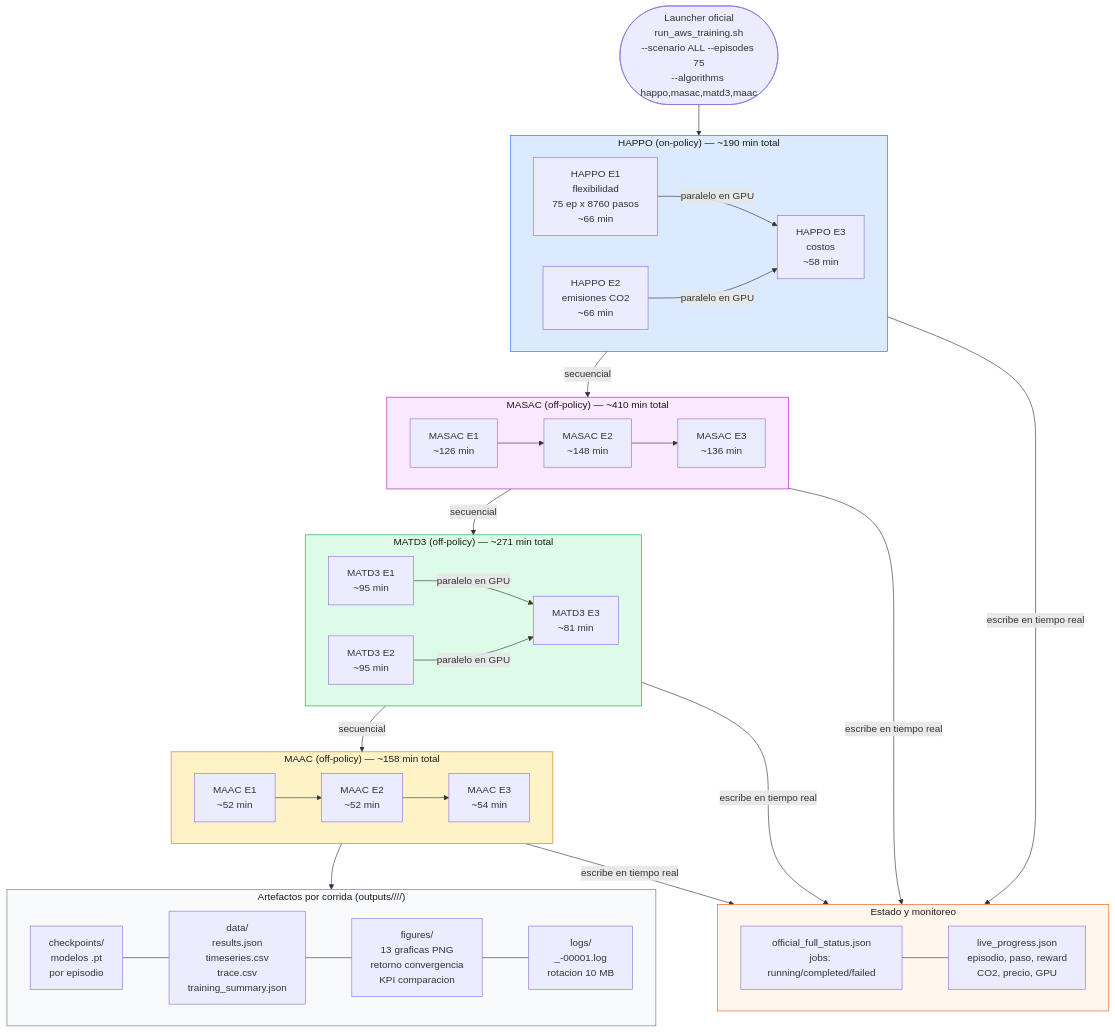
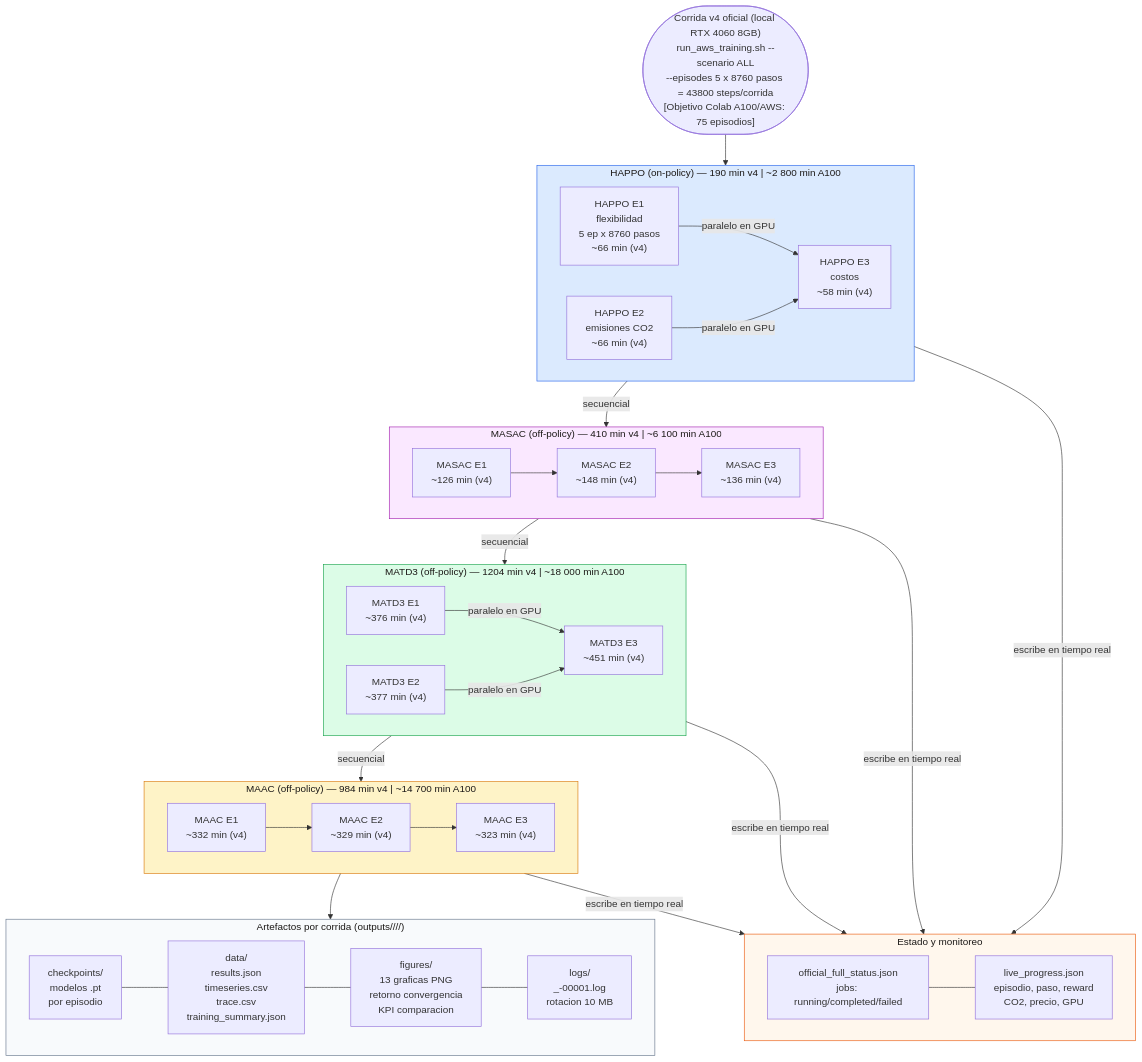
Before and after one commit to Mac-Tapia/MADRLCitytleranflexresdr: the fifth of 9 diagrams in docs/architecture/ARQUITECTURA_PROYECTO_DEFENSA.md, drawn with Mermaid. The commit also changed other lines of this file, not shown here.

Commit message:
fix: correct v4 episode count (5 ep RTX 4060) in architecture docs
The v4 corrida ran 5 episodes per job due to local RTX 4060 8GB VRAM
constraints, not 75 as the designed target for A100/AWS. Update
Diagrama 1 and Diagrama 5 to show actual v4 durations and the
distinction between local pilot (5 ep) and full target (75 ep A100).

Also bump CityLearn submodule to pick up the objective evidence
output_profile bug fix (runs_found was always 0).

````diff
--- a/docs/architecture/ARQUITECTURA_PROYECTO_DEFENSA.md
+++ b/docs/architecture/ARQUITECTURA_PROYECTO_DEFENSA.md
@@ -263,68 +263,68 @@
 ```mermaid
 flowchart TD
-    START(["Launcher oficial\nrun_aws_training.sh\n--scenario ALL --episodes 75\n--algorithms happo,masac,matd3,maac"])
+    START(["Corrida v4 oficial (local RTX 4060 8GB)\nrun_aws_training.sh --scenario ALL\n--episodes 5 x 8760 pasos = 43800 steps/corrida\n[Objetivo Colab A100/AWS: 75 episodios]"])
 
-    subgraph HAPPO_RUN["HAPPO (on-policy) — ~190 min total"]
-        H_E1["HAPPO E1\nflexibilidad\n75 ep x 8760 pasos\n~66 min"]
-        H_E2["HAPPO E2\nemisiones CO2\n~66 min"]
-        H_E3["HAPPO E3\ncostos\n~58 min"]
+    subgraph HAPPO_RUN["HAPPO (on-policy) — 190 min v4 | ~2 800 min A100"]
+        H_E1["HAPPO E1\nflexibilidad\n5 ep x 8760 pasos\n~66 min (v4)"]
+        H_E2["HAPPO E2\nemisiones CO2\n~66 min (v4)"]
+        H_E3["HAPPO E3\ncostos\n~58 min (v4)"]
         H_E1 & H_E2 -->|"paralelo en GPU"| H_E3
     end
 
-    subgraph MASAC_RUN["MASAC (off-policy) — ~410 min total"]
-        M_E1["MASAC E1\n~126 min"]
-        M_E2["MASAC E2\n~148 min"]
-        M_E3["MASAC E3\n~136 min"]
+    subgraph MASAC_RUN["MASAC (off-policy) — 410 min v4 | ~6 100 min A100"]
+        M_E1["MASAC E1\n~126 min (v4)"]
+        M_E2["MASAC E2\n~148 min (v4)"]
+        M_E3["MASAC E3\n~136 min (v4)"]
         M_E1 --> M_E2 --> M_E3
     end
 
-    subgraph MATD3_RUN["MATD3 (off-policy) — ~271 min total"]
-        T_E1["MATD3 E1\n~95 min"]
-        T_E2["MATD3 E2\n~95 min"]
-        T_E3["MATD3 E3\n~81 min"]
+    subgraph MATD3_RUN["MATD3 (off-policy) — 1204 min v4 | ~18 000 min A100"]
+        T_E1["MATD3 E1\n~376 min (v4)"]
+        T_E2["MATD3 E2\n~377 min (v4)"]
+        T_E3["MATD3 E3\n~451 min (v4)"]
         T_E1 & T_E2 -->|"paralelo en GPU"| T_E3
     end
 
-    subgraph MAAC_RUN["MAAC (off-policy) — ~158 min total"]
-        A_E1["MAAC E1\n~52 min"]
-        A_E2["MAAC E2\n~52 min"]
-        A_E3["MAAC E3\n~54 min"]
+    subgraph MAAC_RUN["MAAC (off-policy) — 984 min v4 | ~14 700 min A100"]
+        A_E1["MAAC E1\n~332 min (v4)"]
+        A_E2["MAAC E2\n~329 min (v4)"]
+        A_E3["MAAC E3\n~323 min (v4)"]
         A_E1 --> A_E2 --> A_E3
     end
 
     subgraph ARTEFACTOS["Artefactos por corrida (outputs/<ts>/<sc>/<algo>/)"]
         direction LR
         CHK["checkpoints/\nmodelos .pt\npor episodio"]
         DATA["data/\nresults.json\ntimeseries.csv\ntrace.csv\ntraining_summary.json"]
         FIG["figures/\n13 graficas PNG\nretorno convergencia\nKPI comparacion"]
         LOG["logs/\n<algo>_<sc>-00001.log\nrotacion 10 MB"]
         CHK --- DATA --- FIG --- LOG
     end
 
     START --> HAPPO_RUN
     HAPPO_RUN -->|"secuencial"| MASAC_RUN
     MASAC_RUN -->|"secuencial"| MATD3_RUN
     MATD3_RUN -->|"secuencial"| MAAC_RUN
     MAAC_RUN --> ARTEFACTOS
 
     subgraph STATUS["Estado y monitoreo"]
         S1["official_full_status.json\njobs: running/completed/failed"]
         S2["live_progress.json\nepisodio, paso, reward\nCO2, precio, GPU"]
         S1 --- S2
     end
 
     HAPPO_RUN & MASAC_RUN & MATD3_RUN & MAAC_RUN -->|"escribe en tiempo real"| STATUS
 
     classDef happo fill:#dbeafe,stroke:#2563eb,color:#1c1917
     classDef masac fill:#fae8ff,stroke:#a21caf,color:#1c1917
     classDef matd3 fill:#dcfce7,stroke:#16a34a,color:#1c1917
     classDef maac fill:#fef3c7,stroke:#d97706,color:#1c1917
     classDef art fill:#f8fafc,stroke:#64748b,color:#1c1917
     classDef stat fill:#fff7ed,stroke:#ea580c,color:#1c1917
     class HAPPO_RUN happo
     class MASAC_RUN masac
     class MATD3_RUN matd3
     class MAAC_RUN maac
     class ARTEFACTOS art
     class STATUS stat
 ```
````
